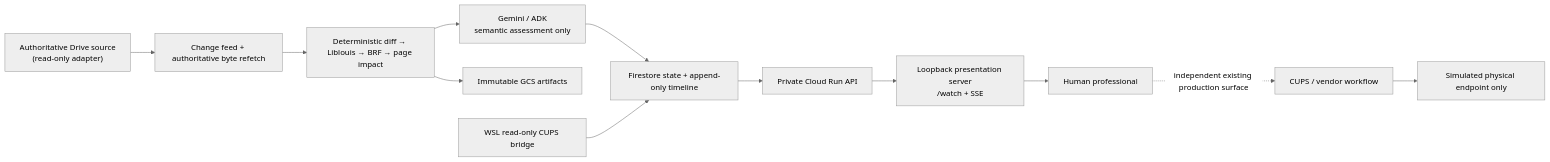
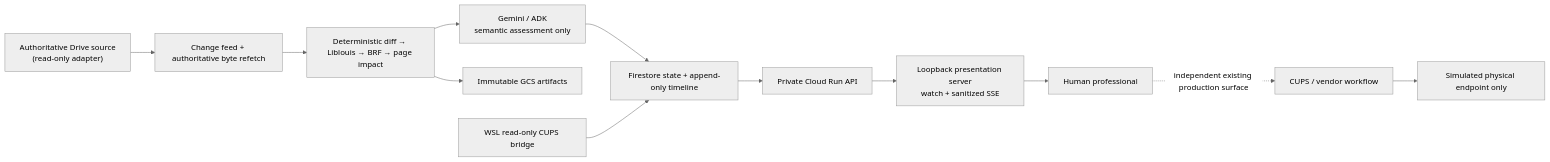
One commit to AstralJugs69/Astra changed the third of 3 diagrams in README.md. Above: the diagram before and after it, drawn with Mermaid (neutral theme). The commit also changed other lines of this file and 13 other files, not shown here.

````diff
--- a/README.md
+++ b/README.md
@@ -71,14 +194,14 @@
-```mermaid
+~~~mermaid
 flowchart LR
-    drive["Authoritative Drive source\n(read-only adapter)"] --> reconcile["Change feed + authoritative byte refetch"]
+    drive["Authoritative Drive source<br/>(read-only adapter)"] --> reconcile["Change feed + authoritative byte refetch"]
     reconcile --> deterministic["Deterministic diff → Liblouis → BRF → page impact"]
-    deterministic --> gemini["Gemini / ADK\nsemantic assessment only"]
+    deterministic --> gemini["Gemini / ADK<br/>semantic assessment only"]
     gemini --> ledger["Firestore state + append-only timeline"]
     deterministic --> artifacts["Immutable GCS artifacts"]
     bridge["WSL read-only CUPS bridge"] --> ledger
     ledger --> api["Private Cloud Run API"]
-    api --> local["Loopback presentation server\n/watch + SSE"]
+    api --> local["Loopback presentation server<br/>watch + sanitized SSE"]
     local --> professional["Human professional"]
     professional -. independent existing production surface .-> cups["CUPS / vendor workflow"]
     cups --> endpoint["Simulated physical endpoint only"]
-```
+~~~
````
